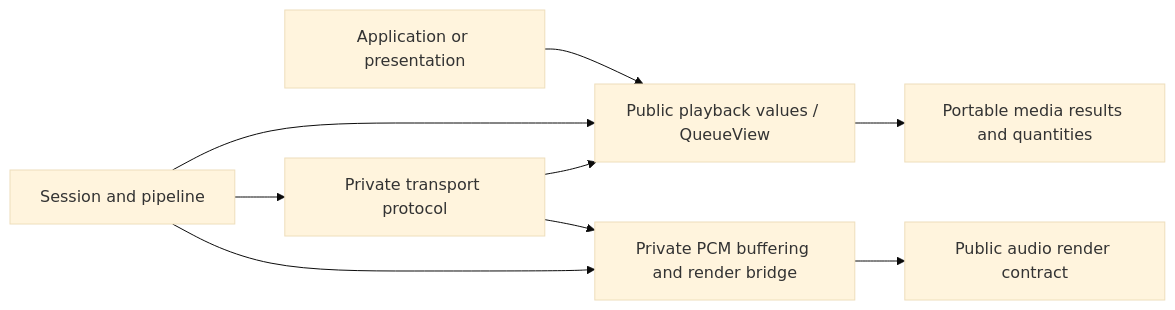
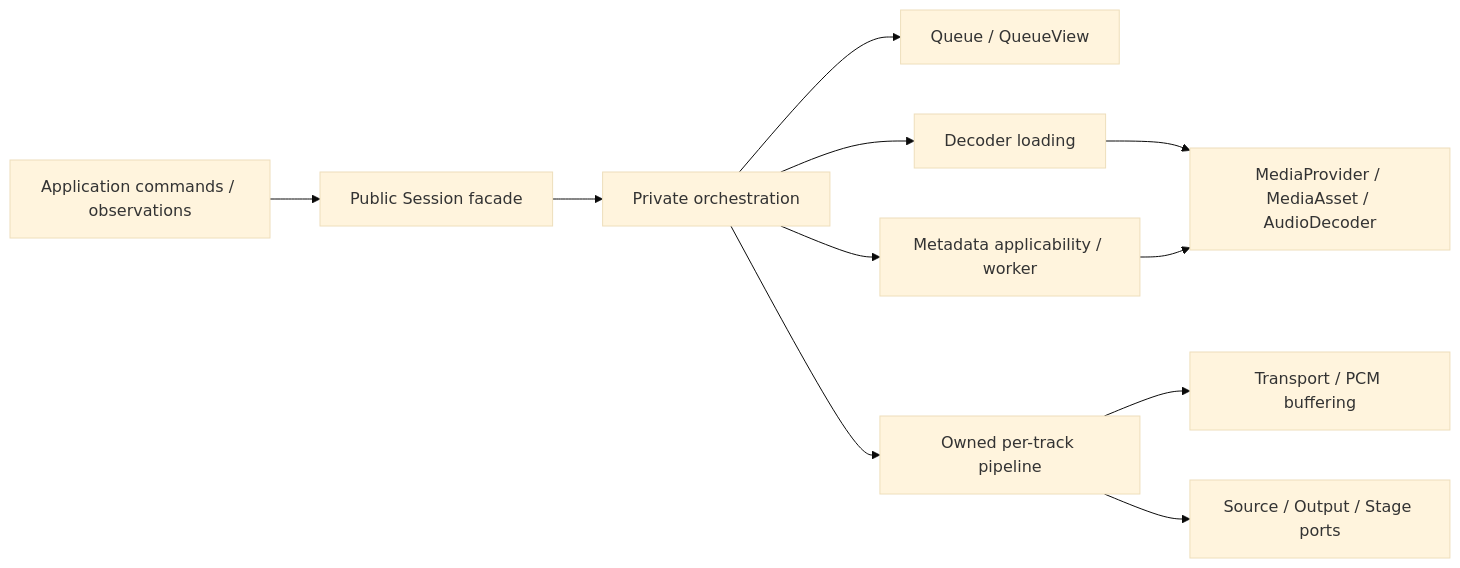
The diagram in src/core/playback/README.md (Vokerlee/wiola-player), drawn with Mermaid (base theme) before and after one commit. The commit also changed other lines of this file and 46 other files, not shown here.

Commit message:
playback: export the complete owned kernel and its contracts

````diff
--- a/src/core/playback/README.md
+++ b/src/core/playback/README.md
@@ -5,11 +5,13 @@
 ```mermaid
 flowchart LR
-    Presentation[Application or presentation] --> API[Public playback values / QueueView]
-    Session[Session and pipeline] --> API
-    Session --> Transport[Private transport protocol]
-    Transport --> API
-    Transport --> Buffer
-    Session --> Buffer[Private PCM buffering and render bridge]
-    Buffer --> Audio[Public audio render contract]
-    API --> Media[Portable media results and quantities]
+    App[Application commands / observations] --> Session[Public Session facade]
+    Session --> Private[Private orchestration]
+    Private --> Queue[Queue / QueueView]
+    Private --> Loading[Decoder loading]
+    Private --> Metadata[Metadata applicability / worker]
+    Private --> Pipeline[Owned per-track pipeline]
+    Pipeline --> Transport[Transport / PCM buffering]
+    Pipeline --> Render[Source / Output / Stage ports]
+    Loading --> Media[MediaProvider / MediaAsset / AudioDecoder]
+    Metadata --> Media
 ```
````
